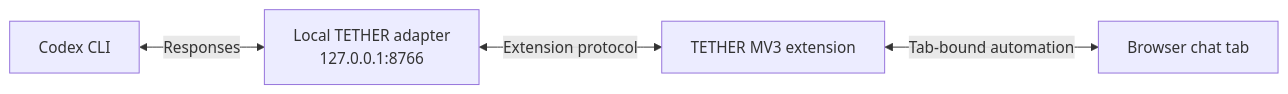
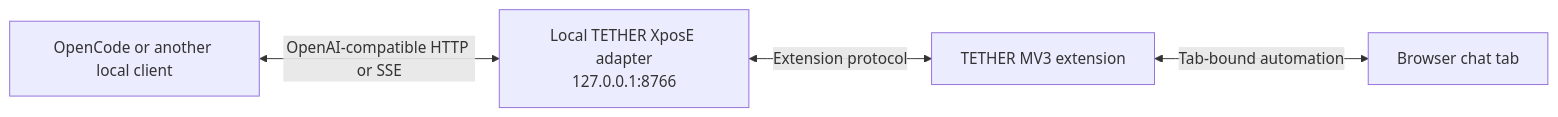
The diagram in README.md (RaphaelBlaster/TETHER), drawn with Mermaid before and after one commit. The commit also changed other lines of this file and 12 other files, not shown here.

Commit message:
refactor: remove Codex CLI integration

````diff
--- a/README.md
+++ b/README.md
@@ -113,6 +107,6 @@
 ```mermaid
 flowchart LR
-    A[Codex CLI] <-- Responses --> B[Local TETHER adapter<br/>127.0.0.1:8766]
+    A[OpenCode or another local client] <-- OpenAI-compatible HTTP or SSE --> B[Local TETHER XposE adapter<br/>127.0.0.1:8766]
     B <-- Extension protocol --> C[TETHER MV3 extension]
     C <-- Tab-bound automation --> D[Browser chat tab]
 ```
````
